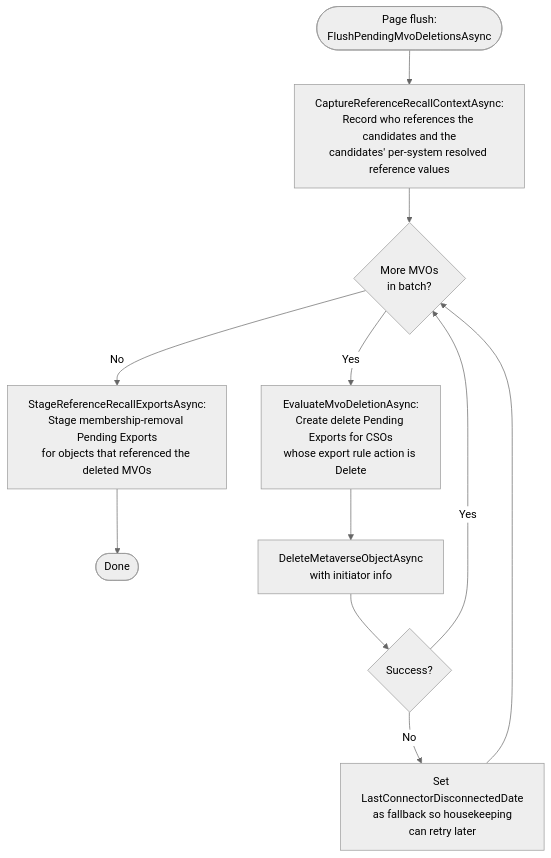
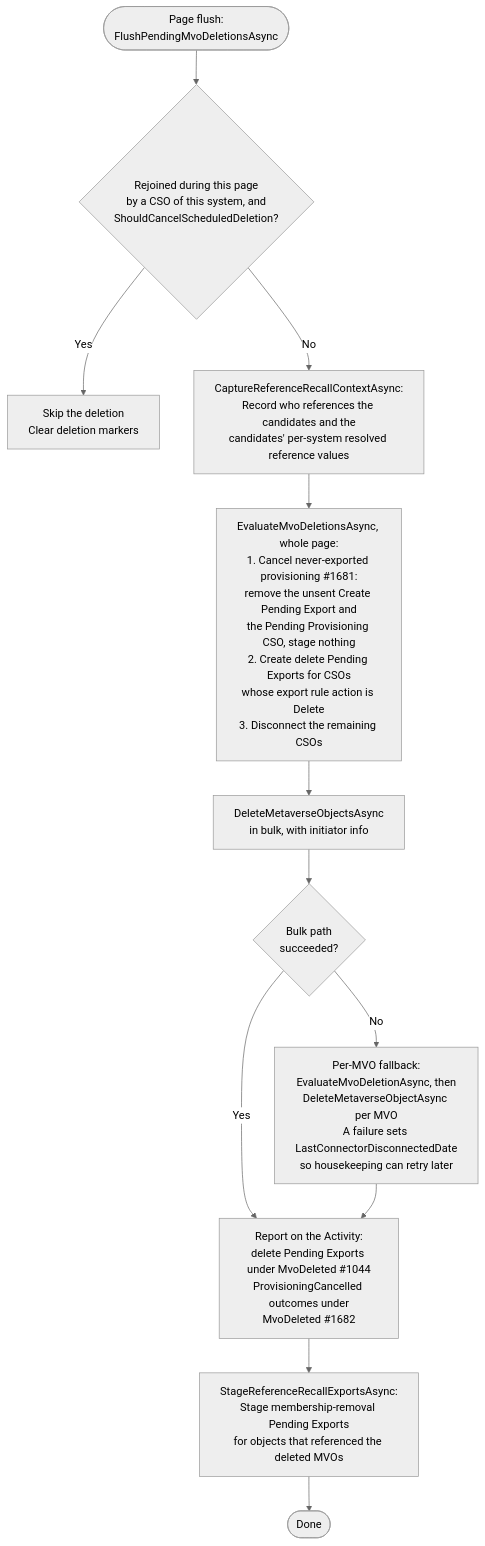
One commit to TetronIO/JIM changed the fifth of 7 diagrams in docs/developer/diagrams/MVO_DELETION_AND_GRACE_PERIOD.md. Above: the diagram before and after it, drawn with Mermaid (neutral theme). The commit also changed other lines of this file and 49 other files, not shown here.

Commit message:
docs: update documentation, diagrams and changelog for v0.15.0 release

````diff
--- a/docs/developer/diagrams/MVO_DELETION_AND_GRACE_PERIOD.md
+++ b/docs/developer/diagrams/MVO_DELETION_AND_GRACE_PERIOD.md
@@ -137,15 +138,14 @@
 ```mermaid
 flowchart TD
-    PageEnd([Page flush:<br/>FlushPendingMvoDeletionsAsync]) --> Capture[CaptureReferenceRecallContextAsync:<br/>Record who references the candidates and the<br/>candidates' per-system resolved reference values]
-    Capture --> Loop{More MVOs<br/>in batch?}
-    Loop -->|No| Recall[StageReferenceRecallExportsAsync:<br/>Stage membership-removal Pending Exports<br/>for objects that referenced the deleted MVOs]
+    PageEnd([Page flush:<br/>FlushPendingMvoDeletionsAsync]) --> Reconnect{Rejoined during this page<br/>by a CSO of this system, and<br/>ShouldCancelScheduledDeletion?}
+    Reconnect -->|Yes| Rescue[Skip the deletion<br/>Clear deletion markers]
+    Reconnect -->|No| Capture[CaptureReferenceRecallContextAsync:<br/>Record who references the candidates and the<br/>candidates' per-system resolved reference values]
+    Capture --> BulkEval[EvaluateMvoDeletionsAsync, whole page:<br/>1. Cancel never-exported provisioning #1681:<br/>remove the unsent Create Pending Export and<br/>the Pending Provisioning CSO, stage nothing<br/>2. Create delete Pending Exports for CSOs<br/>whose export rule action is Delete<br/>3. Disconnect the remaining CSOs]
+    BulkEval --> BulkDelete[DeleteMetaverseObjectsAsync<br/>in bulk, with initiator info]
+    BulkDelete --> BulkOk{Bulk path<br/>succeeded?}
+    BulkOk -->|No| Fallback[Per-MVO fallback:<br/>EvaluateMvoDeletionAsync, then<br/>DeleteMetaverseObjectAsync per MVO<br/>A failure sets LastConnectorDisconnectedDate<br/>so housekeeping can retry later]
+    BulkOk -->|Yes| Report
+    Fallback --> Report[Report on the Activity:<br/>delete Pending Exports under MvoDeleted #1044<br/>ProvisioningCancelled outcomes under<br/>MvoDeleted #1682]
+    Report --> Recall[StageReferenceRecallExportsAsync:<br/>Stage membership-removal Pending Exports<br/>for objects that referenced the deleted MVOs]
     Recall --> Done([Done])
-
-    Loop -->|Yes| EvalExports[EvaluateMvoDeletionAsync:<br/>Create delete Pending Exports for CSOs<br/>whose export rule action is Delete]
-    EvalExports --> DeleteMVO[DeleteMetaverseObjectAsync<br/>with initiator info]
-    DeleteMVO --> Success{Success?}
-
-    Success -->|Yes| Loop
-    Success -->|No| Fallback[Set LastConnectorDisconnectedDate<br/>as fallback so housekeeping<br/>can retry later]
-    Fallback --> Loop
 ```
````
